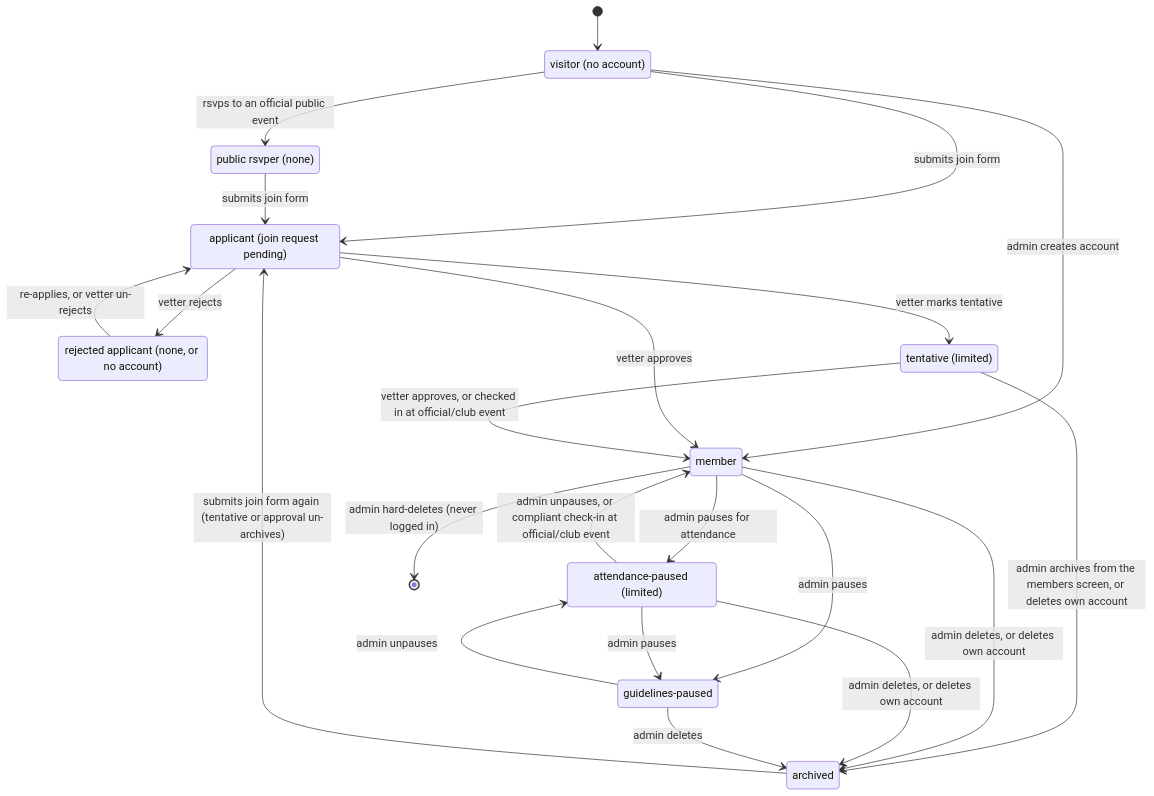
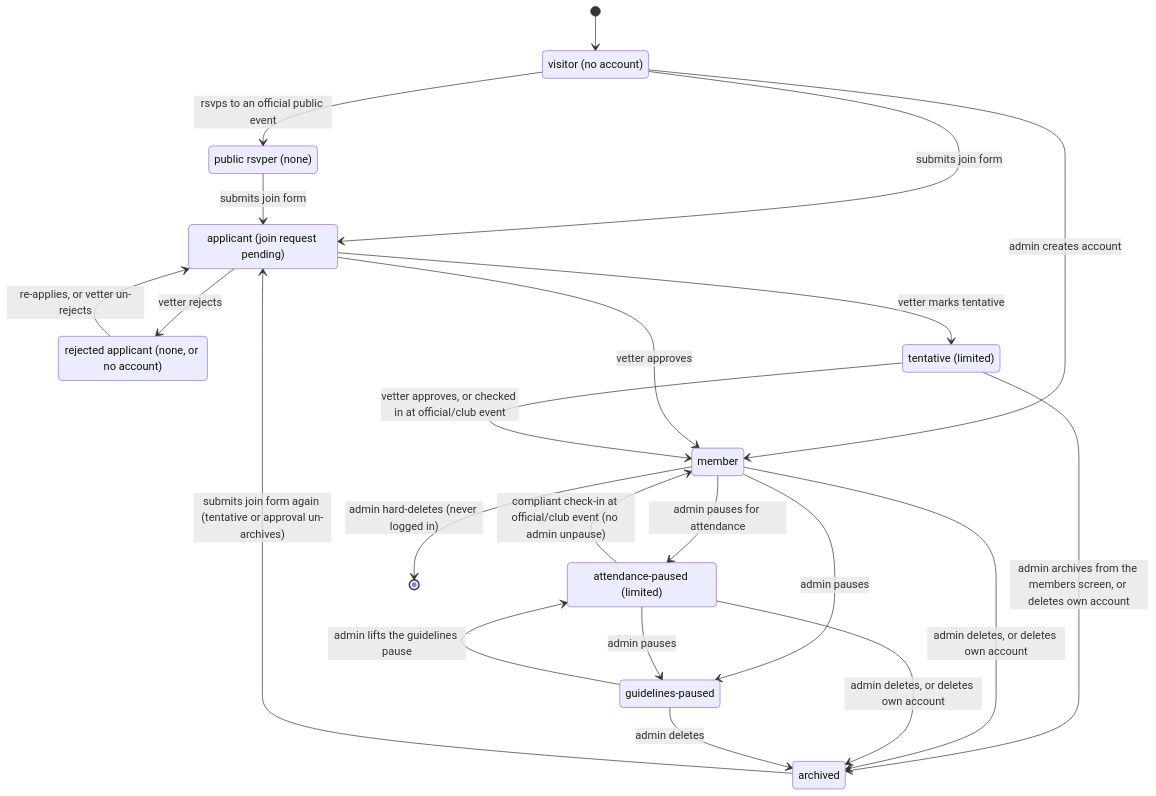
One commit to ProteinDeficientsAnonymous/pda changed the first of 3 diagrams in .claude/docs/user-states.md. Above: the diagram before and after it, drawn with Mermaid. The commit also changed other lines of this file, not shown here.

Commit message:
docs(users): sync user-states with check-in-only attendance unpause (#2387)

````diff
--- a/.claude/docs/user-states.md
+++ b/.claude/docs/user-states.md
@@ -21,40 +21,40 @@
 ```mermaid
 stateDiagram-v2
     state "visitor (no account)" as Visitor
     state "public rsvper (none)" as PublicRsvper
     state "applicant (join request pending)" as Applicant
     state "rejected applicant (none, or no account)" as Rejected
     state "tentative (limited)" as Tentative
     state "member" as Member
     state "attendance-paused (limited)" as AttendancePaused
     state "guidelines-paused" as GuidelinesPaused
     state "archived" as Archived
 
     [*] --> Visitor
     Visitor --> PublicRsvper: rsvps to an official public event
     Visitor --> Applicant: submits join form
     PublicRsvper --> Applicant: submits join form
     Visitor --> Member: admin creates account
 
     Applicant --> Tentative: vetter marks tentative
     Applicant --> Member: vetter approves
     Applicant --> Rejected: vetter rejects
     Rejected --> Applicant: re-applies, or vetter un-rejects
 
     Tentative --> Member: vetter approves, or checked in at official/club event
     Tentative --> Archived: admin archives from the members screen, or deletes own account
 
     Member --> AttendancePaused: admin pauses for attendance
-    AttendancePaused --> Member: admin unpauses, or compliant check-in at official/club event
+    AttendancePaused --> Member: compliant check-in at official/club event (no admin unpause)
 
     Member --> GuidelinesPaused: admin pauses
     AttendancePaused --> GuidelinesPaused: admin pauses
-    GuidelinesPaused --> AttendancePaused: admin unpauses
+    GuidelinesPaused --> AttendancePaused: admin lifts the guidelines pause
 
     Member --> Archived: admin deletes, or deletes own account
     AttendancePaused --> Archived: admin deletes, or deletes own account
     GuidelinesPaused --> Archived: admin deletes
     Archived --> Applicant: submits join form again (tentative or approval un-archives)
 
     Member --> [*]: admin hard-deletes (never logged in)
 ```
````
